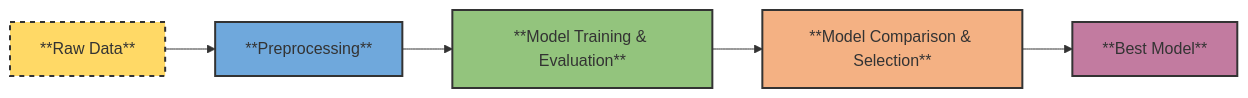
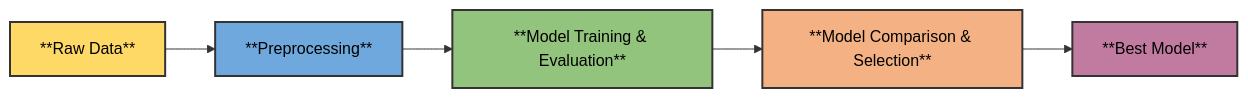
Before and after one commit to AbhishekTadaskar/Assignment_Classification_ML_Models: the diagram in README.md, drawn with Mermaid.

````diff
--- a/README.md
+++ b/README.md
@@ -12,14 +12,15 @@
 ```mermaid
 flowchart LR
     A[**Raw Data**] --> B[**Preprocessing**]
     B --> C[**Model Training & Evaluation**]
     C --> D[**Model Comparison & Selection**]
     D --> E[**Best Model**]
 
-    style A fill:#FFD966,stroke:#333,stroke-width:2px,stroke-dasharray: 5 5
-    style B fill:#6FA8DC,stroke:#333,stroke-width:2px
-    style C fill:#93C47D,stroke:#333,stroke-width:2px
-    style D fill:#F4B183,stroke:#333,stroke-width:2px
-    style E fill:#C27BA0,stroke:#333,stroke-width:2px
+    style A fill:#FFD966,stroke:#333,stroke-width:2px,color:#000
+    style B fill:#6FA8DC,stroke:#333,stroke-width:2px,color:#000
+    style C fill:#93C47D,stroke:#333,stroke-width:2px,color:#000
+    style D fill:#F4B183,stroke:#333,stroke-width:2px,color:#000
+    style E fill:#C27BA0,stroke:#333,stroke-width:2px,color:#000
+
 
 ```
````
